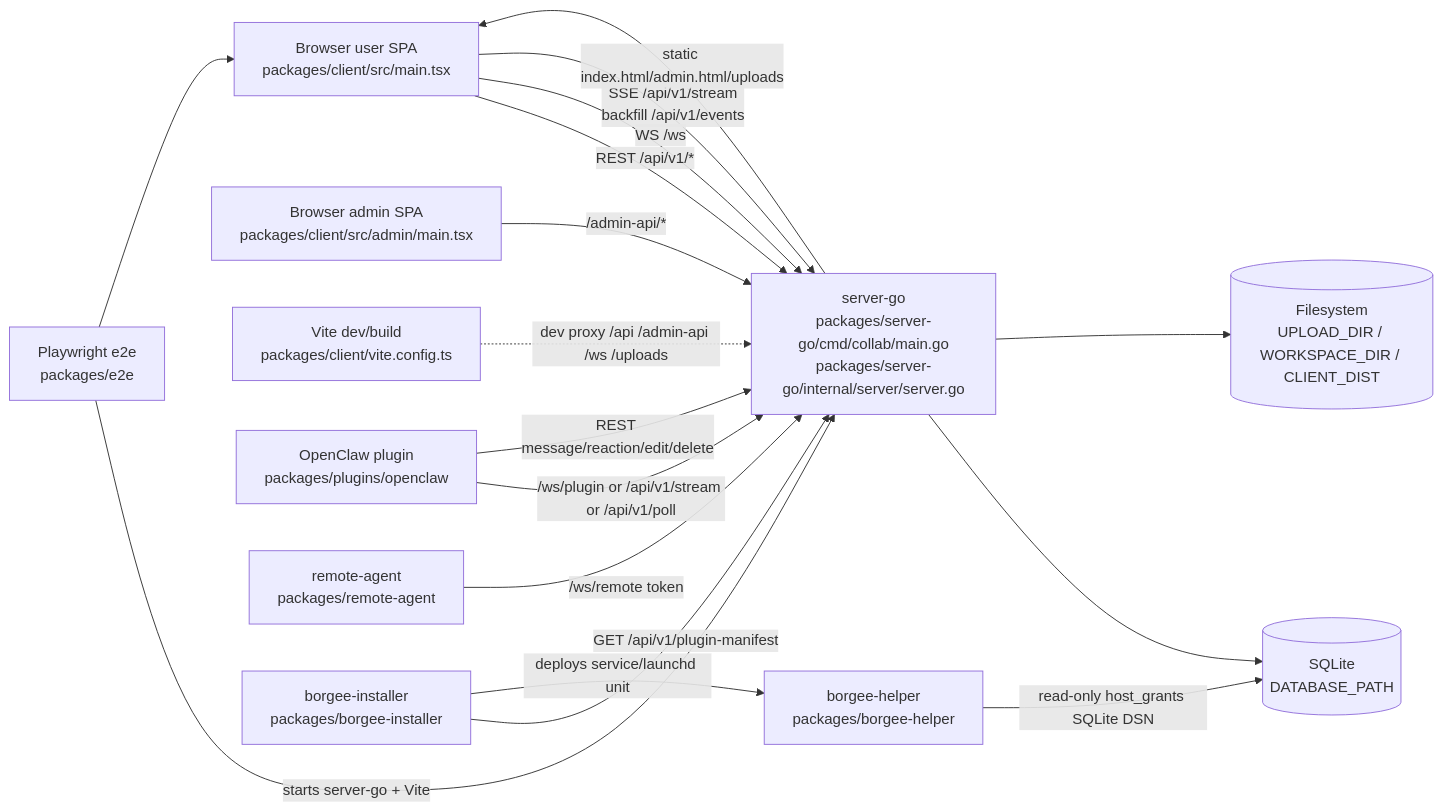
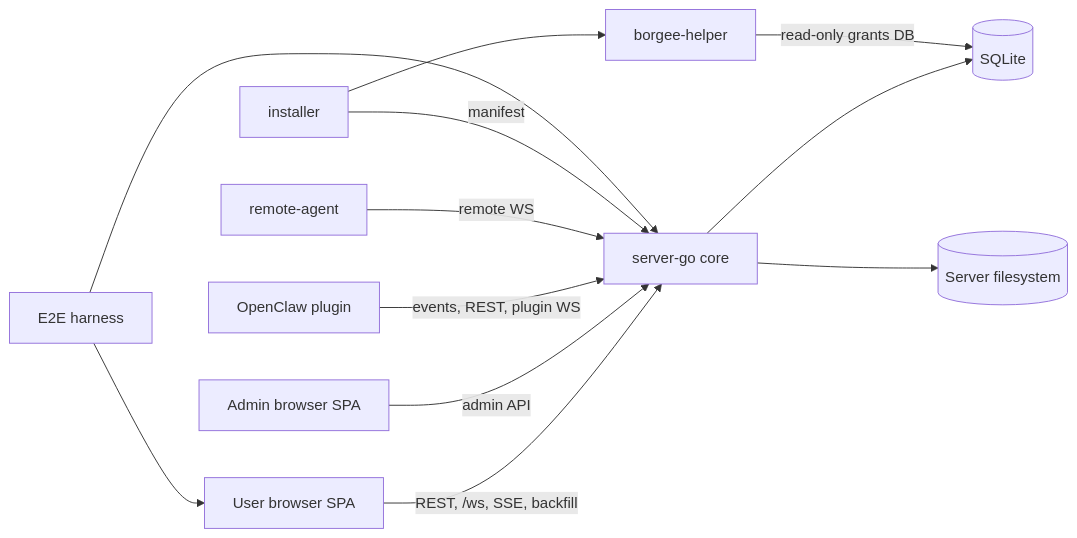
The diagram in docs/current/README.md (codetreker/borgee), drawn with Mermaid before and after one commit. The commit also changed other lines of this file and 14 other files, not shown here.

Commit message:
docs: refine system overview and plugin architecture

````diff
--- a/docs/current/README.md
+++ b/docs/current/README.md
@@ -3,31 +3,25 @@
 ```mermaid
 flowchart LR
-  user[Browser user SPA\npackages/client/src/main.tsx]
-  admin[Browser admin SPA\npackages/client/src/admin/main.tsx]
-  vite[Vite dev/build\npackages/client/vite.config.ts]
-  server[server-go\npackages/server-go/cmd/collab/main.go\npackages/server-go/internal/server/server.go]
-  db[(SQLite\nDATABASE_PATH)]
-  files[(Filesystem\nUPLOAD_DIR / WORKSPACE_DIR / CLIENT_DIST)]
-  plugin[OpenClaw plugin\npackages/plugins/openclaw]
-  remote[remote-agent\npackages/remote-agent]
-  helper[borgee-helper\npackages/borgee-helper]
-  installer[borgee-installer\npackages/borgee-installer]
-  e2e[Playwright e2e\npackages/e2e]
+  user[User browser SPA]
+  admin[Admin browser SPA]
+  server[server-go core]
+  db[(SQLite)]
+  fs[(Server filesystem)]
+  plugin[OpenClaw plugin]
+  remote[remote-agent]
+  helper[borgee-helper]
+  installer[installer]
+  e2e[E2E harness]
 
-  user -->|REST /api/v1/*| server
-  user -->|WS /ws| server
-  user -->|SSE /api/v1/stream\nbackfill /api/v1/events| server
-  admin -->|/admin-api/*| server
-  vite -.dev proxy /api /admin-api /ws /uploads.-> server
+  user -->|REST, /ws, SSE, backfill| server
+  admin -->|admin API| server
   server --> db
-  server --> files
-  server -->|static index.html/admin.html/uploads| user
-  plugin -->|/ws/plugin or /api/v1/stream or /api/v1/poll| server
-  plugin -->|REST message/reaction/edit/delete| server
-  remote -->|/ws/remote token| server
-  installer -->|GET /api/v1/plugin-manifest| server
-  installer -->|deploys service/launchd unit| helper
-  helper -->|read-only host_grants SQLite DSN| db
-  e2e -->|starts server-go + Vite| server
+  server --> fs
+  plugin -->|events, REST, plugin WS| server
+  remote -->|remote WS| server
+  installer -->|manifest| server
+  installer --> helper
+  helper -->|read-only grants DB| db
   e2e --> user
+  e2e --> server
 ```
````
